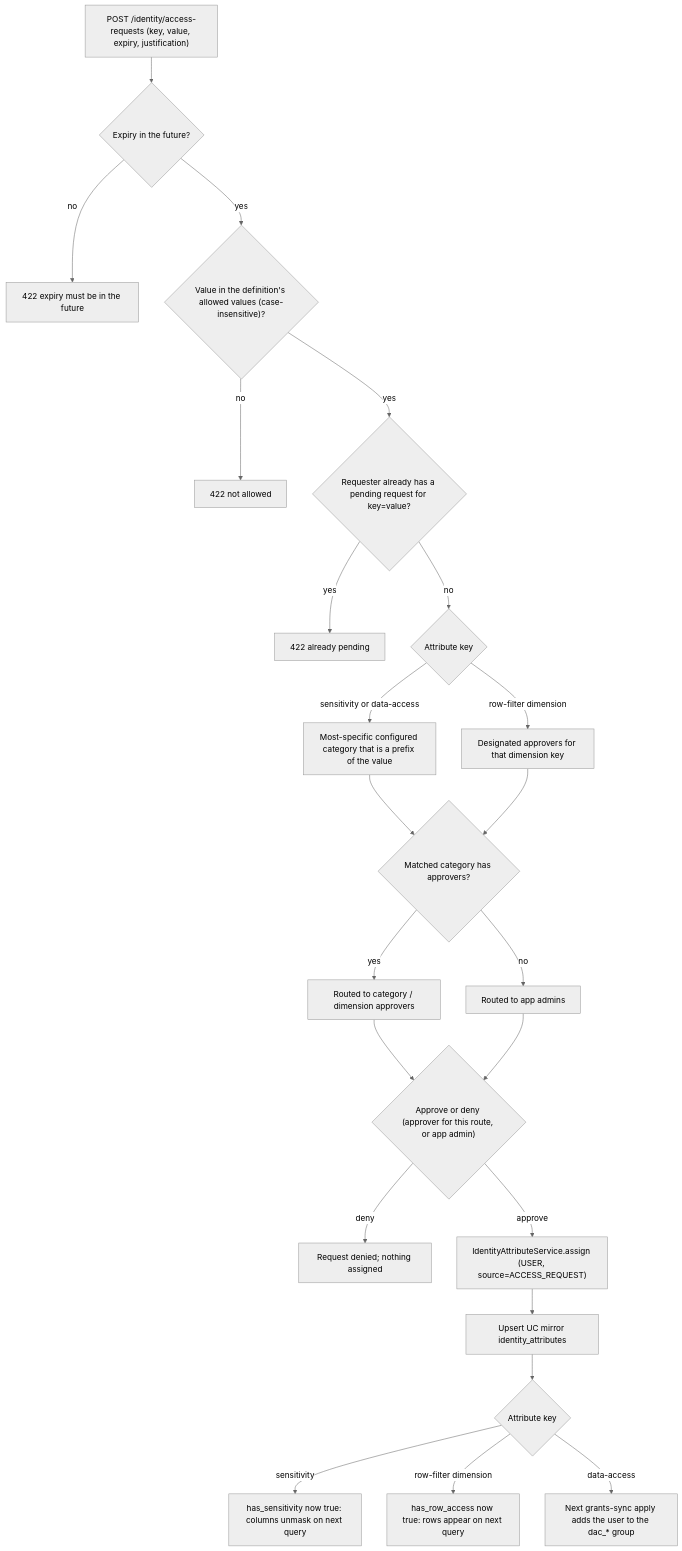
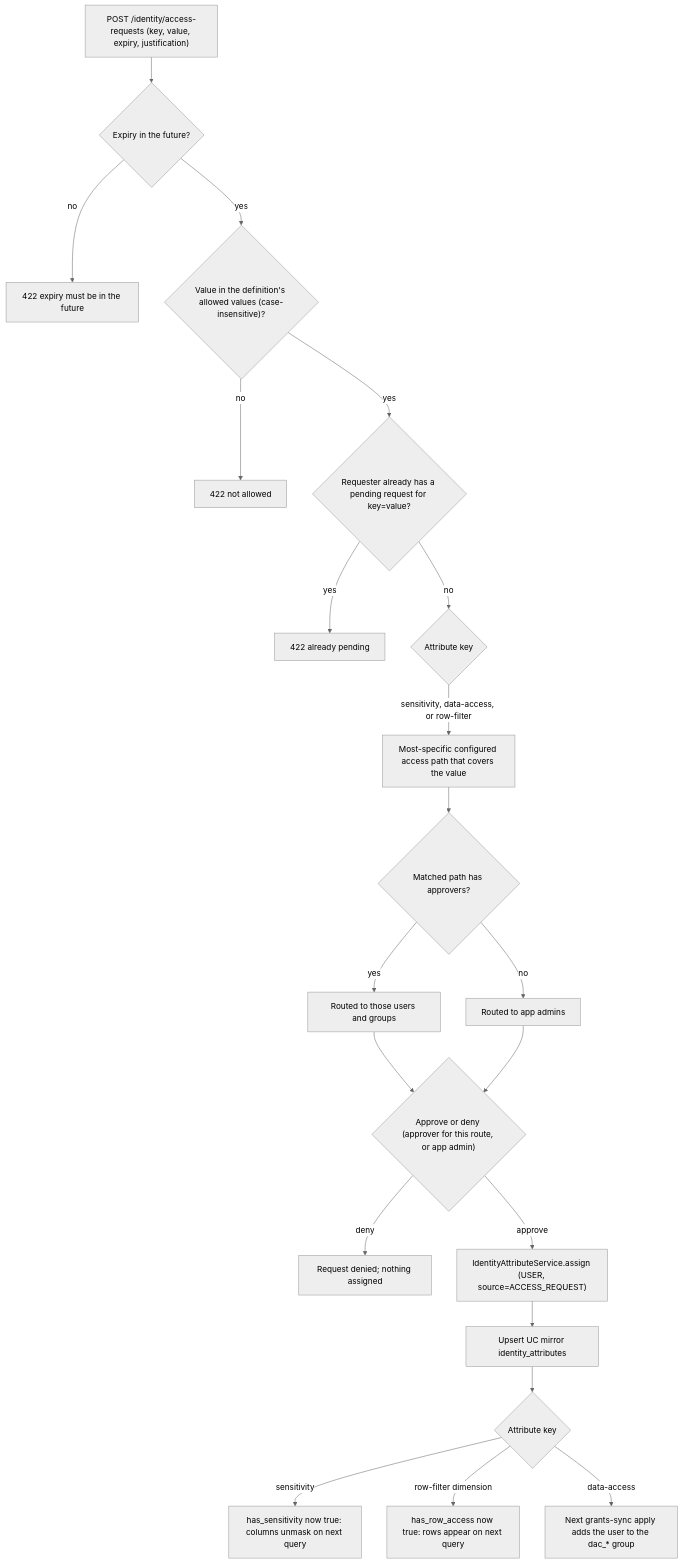
One commit to dgalluzzo26/databricks-governance-app changed the sixth of 6 diagrams in docs/mask-and-row-filter-flows.md. Above: the diagram before and after it, drawn with Mermaid (neutral theme). The commit also changed other lines of this file and 36 other files, not shown here.

First line of the commit message:
Approvers per access path with users and groups; access-leaf definitions

````diff
--- a/docs/mask-and-row-filter-flows.md
+++ b/docs/mask-and-row-filter-flows.md
@@ -445,25 +446,23 @@
 ```mermaid
 flowchart TD
   submit["POST /identity/access-requests (key, value, expiry, justification)"] --> future{"Expiry in the future?"}
   future -->|no| e1["422 expiry must be in the future"]
   future -->|yes| vocab{"Value in the definition's allowed values (case-insensitive)?"}
   vocab -->|no| e2["422 not allowed"]
   vocab -->|yes| dup{"Requester already has a pending request for key=value?"}
   dup -->|yes| e3["422 already pending"]
   dup -->|no| route{"Attribute key"}
-  route -->|sensitivity or data-access| path["Most-specific configured category that is a prefix of the value"]
-  route -->|row-filter dimension| dim["Designated approvers for that dimension key"]
-  path --> hasApprovers{"Matched category has approvers?"}
-  dim --> hasApprovers
-  hasApprovers -->|yes| approvers["Routed to category / dimension approvers"]
+  route -->|sensitivity, data-access, or row-filter| path["Most-specific configured access path that covers the value"]
+  path --> hasApprovers{"Matched path has approvers?"}
+  hasApprovers -->|yes| approvers["Routed to those users and groups"]
   hasApprovers -->|no| admins["Routed to app admins"]
   approvers --> decide{"Approve or deny (approver for this route, or app admin)"}
   admins --> decide
   decide -->|deny| denied["Request denied; nothing assigned"]
   decide -->|approve| assign["IdentityAttributeService.assign (USER, source=ACCESS_REQUEST)"]
   assign --> mirrorRow["Upsert UC mirror identity_attributes"]
   mirrorRow --> enforce{"Attribute key"}
   enforce -->|sensitivity| unmask["has_sensitivity now true: columns unmask on next query"]
   enforce -->|row-filter dimension| rows["has_row_access now true: rows appear on next query"]
   enforce -->|data-access| group["Next grants-sync apply adds the user to the dac_* group"]
 ```
````
